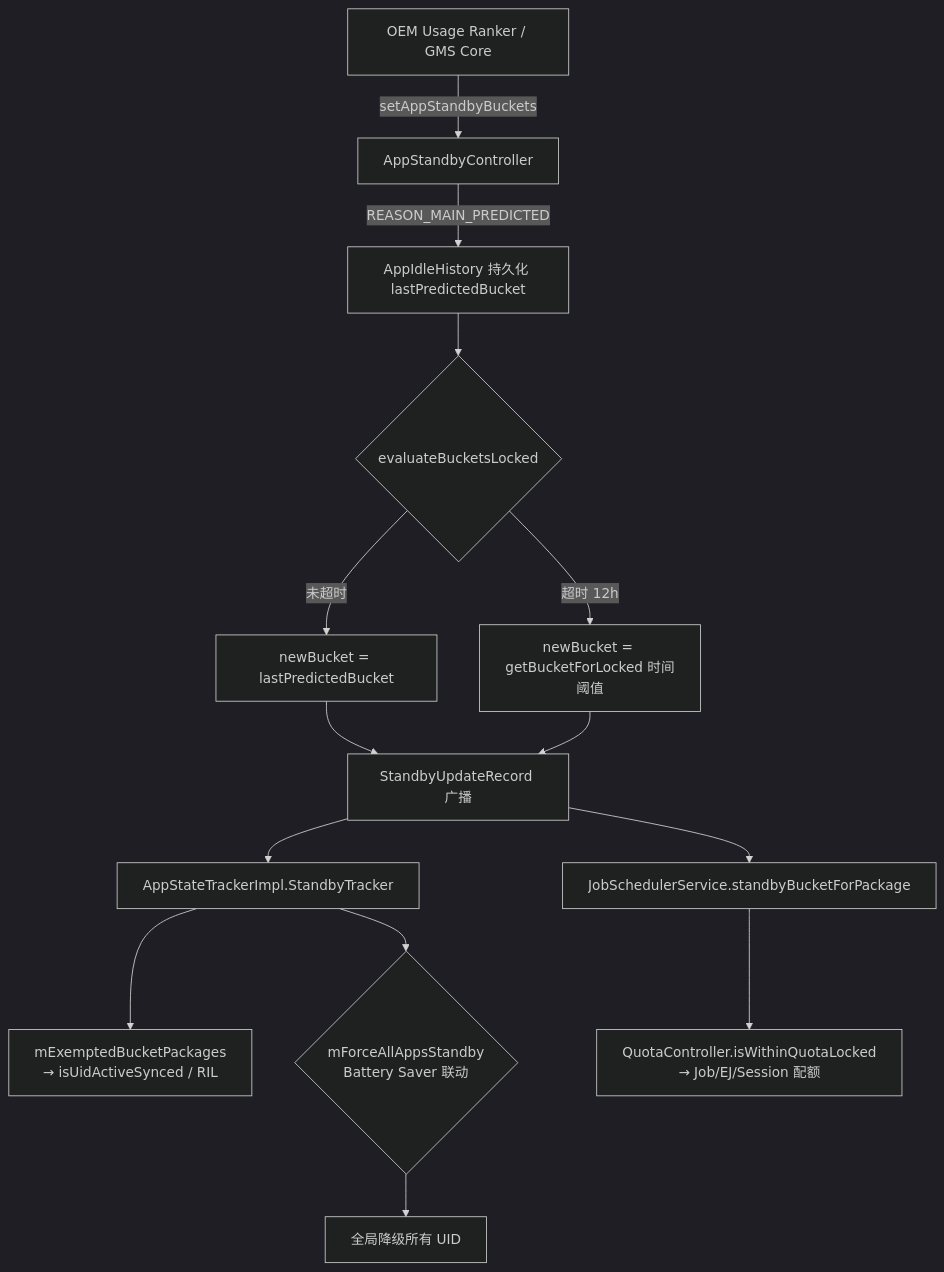
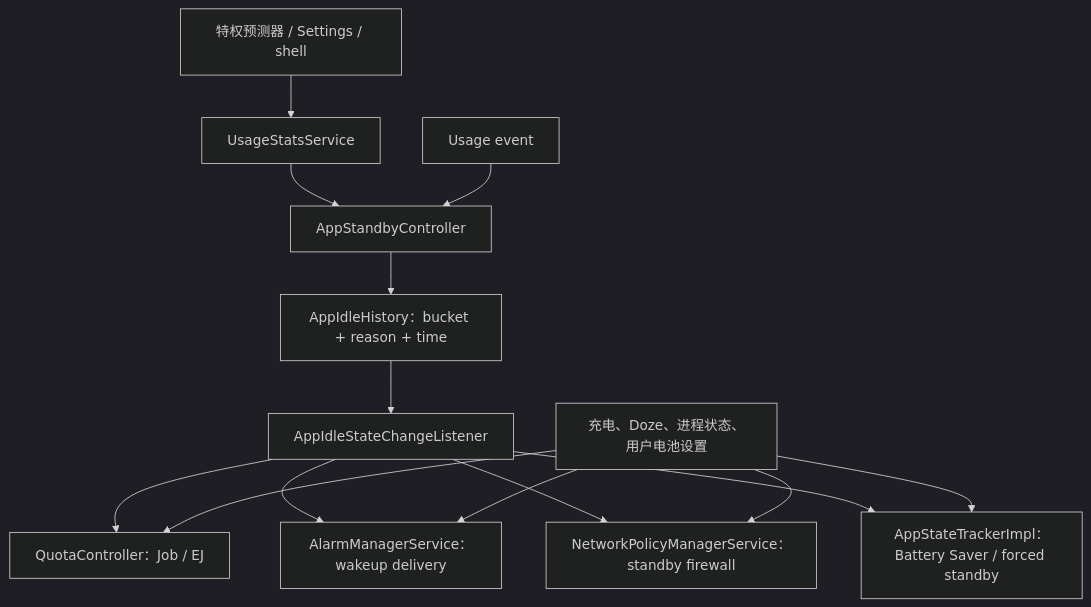
Before and after one commit to Gracker/android-internals-wiki: the diagram in src/part1-fundamentals/ch05-cpu-power/21-adaptive-battery-app-standby-coordination.md, drawn with Mermaid (dark theme). The commit also changed other lines of this file, not shown here.

Commit message:
docs(power): correct Android 17 app standby coordination

````diff
--- a/src/part1-fundamentals/ch05-cpu-power/21-adaptive-battery-app-standby-coordination.md
+++ b/src/part1-fundamentals/ch05-cpu-power/21-adaptive-battery-app-standby-coordination.md
@@ -221,16 +184,16 @@
 ```mermaid
 flowchart TD
-    A["OEM Usage Ranker / GMS Core"] -->|"setAppStandbyBuckets"| B["AppStandbyController"]
-    B -->|"REASON_MAIN_PREDICTED"| C["AppIdleHistory 持久化 lastPredictedBucket"]
-    C --> D{"evaluateBucketsLocked"}
-    D -->|"未超时"| E["newBucket = lastPredictedBucket"]
-    D -->|"超时 12h"| F["newBucket = getBucketForLocked 时间阈值"]
-    E --> G["StandbyUpdateRecord 广播"]
-    F --> G
-    G --> H["AppStateTrackerImpl.StandbyTracker"]
-    G --> I["JobSchedulerService.standbyBucketForPackage"]
-    H --> J["mExemptedBucketPackages\n→ isUidActiveSynced / RIL"]
-    I --> K["QuotaController.isWithinQuotaLocked\n→ Job/EJ/Session 配额"]
-    H --> L{"mForceAllAppsStandby\nBattery Saver 联动"}
-    L --> M["全局降级所有 UID"]
+    A["特权预测器 / Settings / shell"] --> B["UsageStatsService"]
+    B --> C["AppStandbyController"]
+    D["Usage event"] --> C
+    C --> E["AppIdleHistory：bucket + reason + time"]
+    E --> F["AppIdleStateChangeListener"]
+    F --> G["QuotaController：Job / EJ"]
+    F --> H["AlarmManagerService：wakeup delivery"]
+    F --> I["NetworkPolicyManagerService：standby firewall"]
+    F --> J["AppStateTrackerImpl：Battery Saver / forced standby"]
+    K["充电、Doze、进程状态、用户电池设置"] --> G
+    K --> H
+    K --> I
+    K --> J
 ```
````
